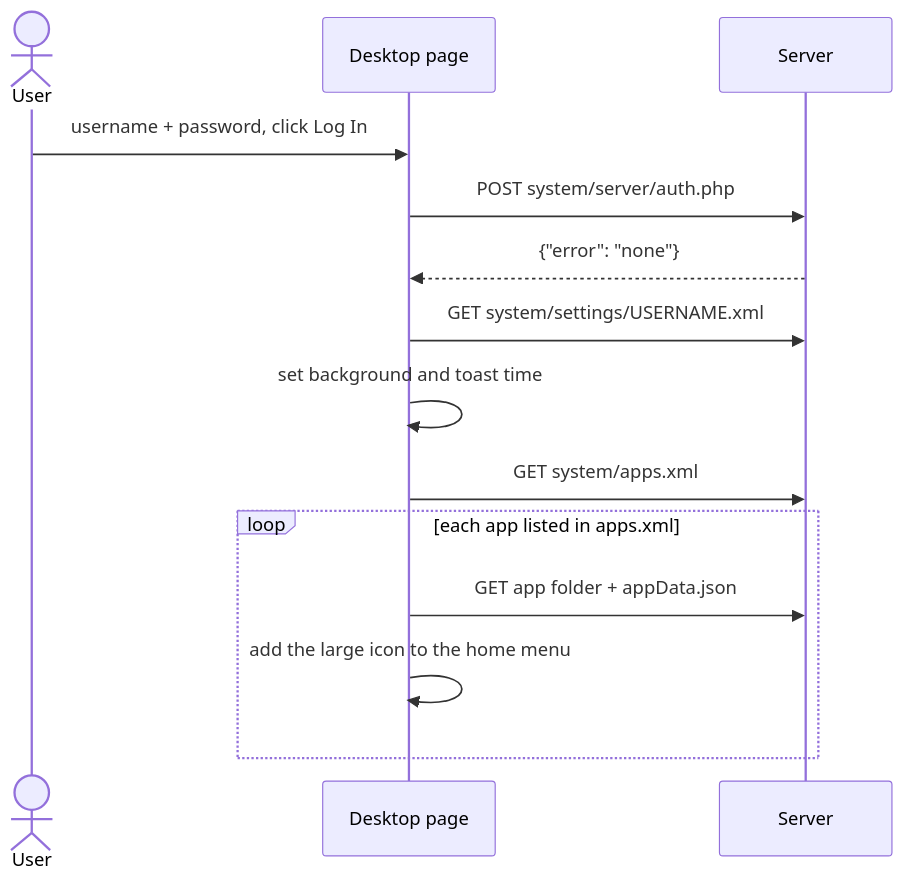
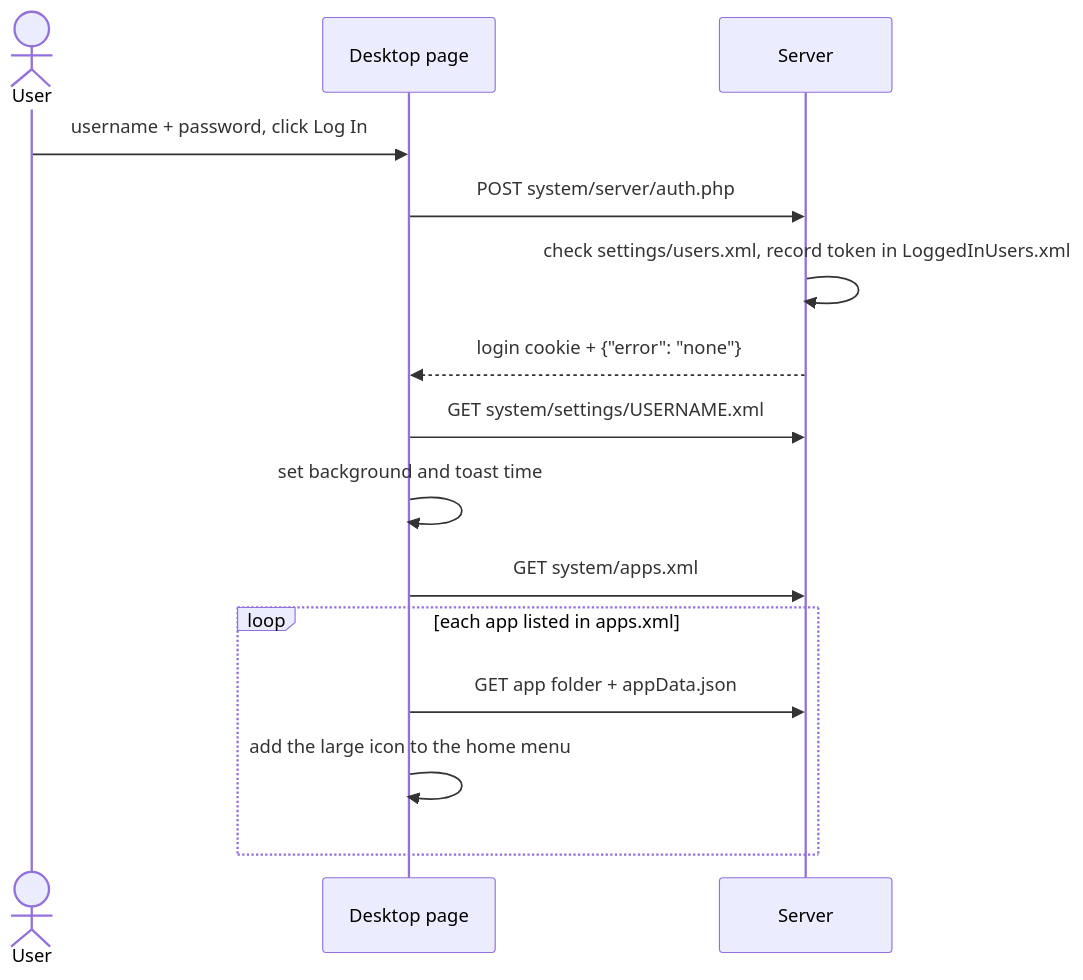
The second of 3 diagrams in wiki3/architecture.md (rwarouw00/peer-os), drawn with Mermaid before and after one commit. The commit also changed other lines of this file and 26 other files, not shown here.

````diff
--- a/wiki3/architecture.md
+++ b/wiki3/architecture.md
@@ -40,16 +40,17 @@
 ```mermaid
 sequenceDiagram
     actor User
     participant D as Desktop page
     participant S as Server
     User->>D: username + password, click Log In
     D->>S: POST system/server/auth.php
-    S-->>D: {"error": "none"}
+    S->>S: check settings/users.xml, record token in LoggedInUsers.xml
+    S-->>D: login cookie + {"error": "none"}
     D->>S: GET system/settings/USERNAME.xml
     D->>D: set background and toast time
     D->>S: GET system/apps.xml
     loop each app listed in apps.xml
         D->>S: GET app folder + appData.json
         D->>D: add the large icon to the home menu
     end
 ```
````
